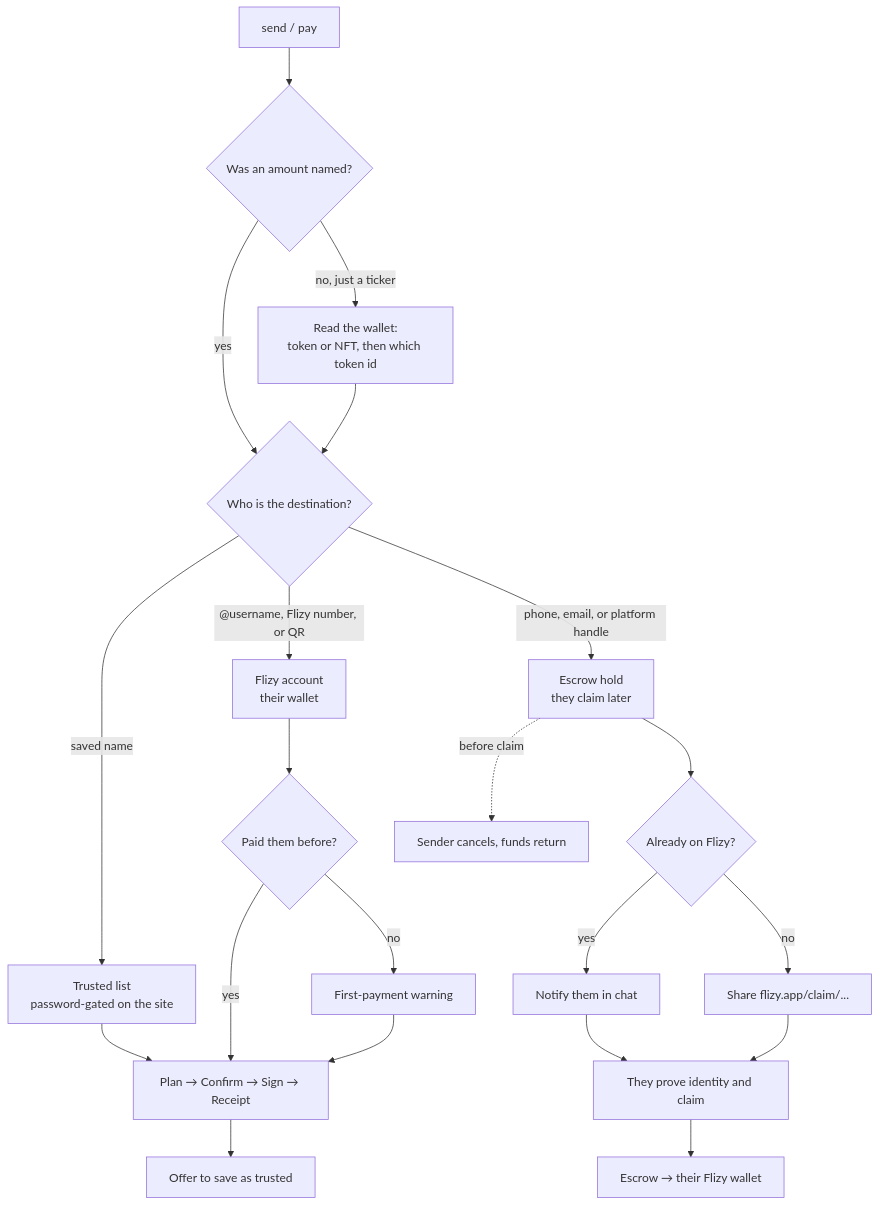
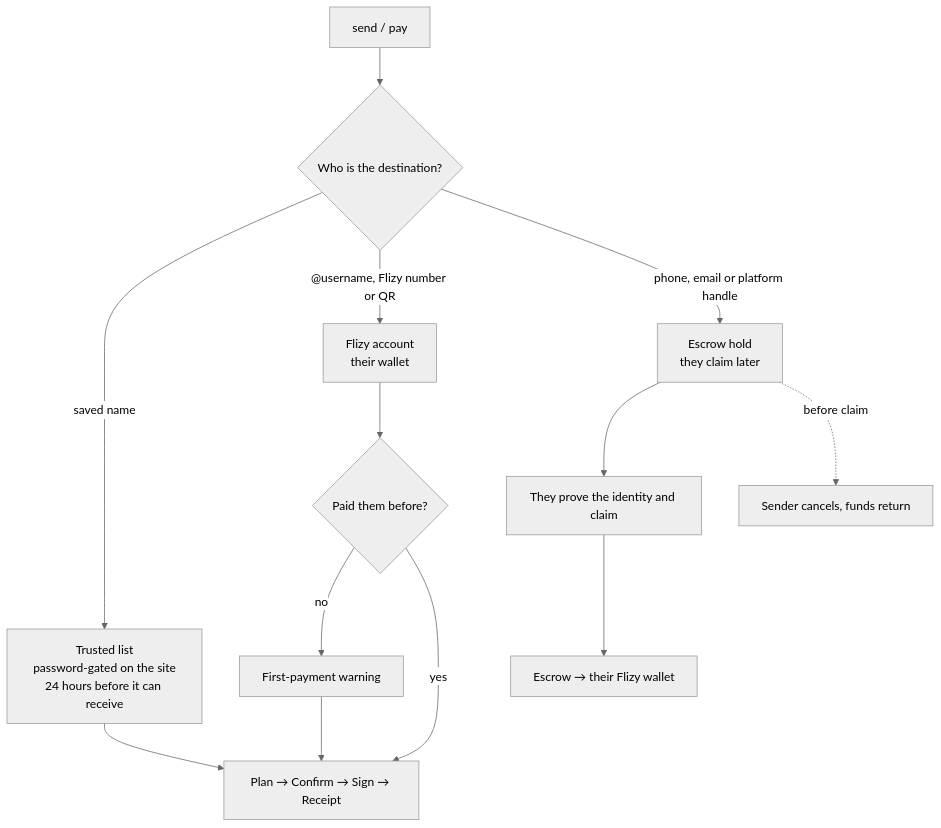
Before and after one commit to rudazy/flizy: the second of 5 diagrams in README.md, drawn with Mermaid. The commit also changed other lines of this file, not shown here.

````diff
--- a/README.md
+++ b/README.md
@@ -97,26 +142,18 @@
 ```mermaid
+%%{init: {'theme': 'neutral'}}%%
 flowchart TB
-  START["send / pay"] --> WHAT{Was an amount named?}
-  WHAT -->|yes| KIND{Who is the destination?}
-  WHAT -->|"no, just a ticker"| READ["Read the wallet:<br/>token or NFT, then which token id"]
-  READ --> KIND
-
-  KIND -->|"saved name"| TRUST["Trusted list<br/>password-gated on the site"]
-  KIND -->|"@username, Flizy number, or QR"| ID["Flizy account<br/>their wallet"]
-  KIND -->|"phone, email, or platform handle"| HOLD["Escrow hold<br/>they claim later"]
+  START["send / pay"] --> KIND{Who is the destination?}
+  KIND -->|"saved name"| TRUST["Trusted list<br/>password-gated on the site<br/>24 hours before it can receive"]
+  KIND -->|"@username, Flizy number or QR"| ID["Flizy account<br/>their wallet"]
+  KIND -->|"phone, email or platform handle"| HOLD["Escrow hold<br/>they claim later"]
 
   TRUST --> SPINE["Plan → Confirm → Sign → Receipt"]
   ID --> FIRST{Paid them before?}
   FIRST -->|no| WARN["First-payment warning"]
   FIRST -->|yes| SPINE
   WARN --> SPINE
-  SPINE --> SAVE["Offer to save as trusted"]
 
-  HOLD --> ON{Already on Flizy?}
-  ON -->|yes| NOTE["Notify them in chat"]
-  ON -->|no| LINK["Share flizy.app/claim/..."]
-  NOTE --> CLAIM["They prove identity and claim"]
-  LINK --> CLAIM
+  HOLD --> CLAIM["They prove the identity and claim"]
   CLAIM --> PAY["Escrow → their Flizy wallet"]
   HOLD -.->|before claim| CANCEL["Sender cancels, funds return"]
 ```
````
